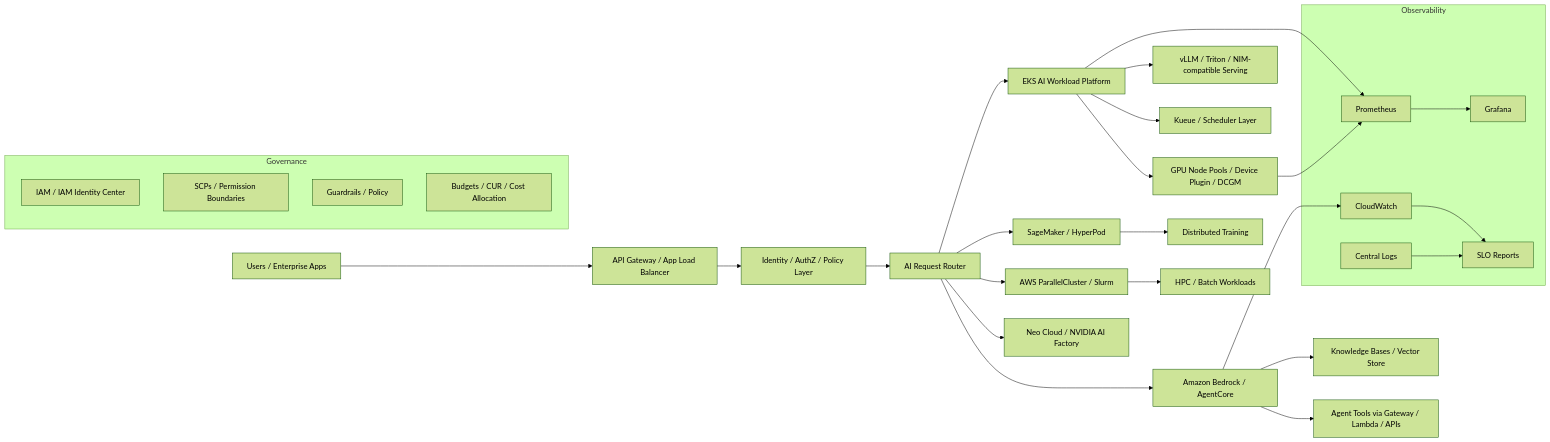
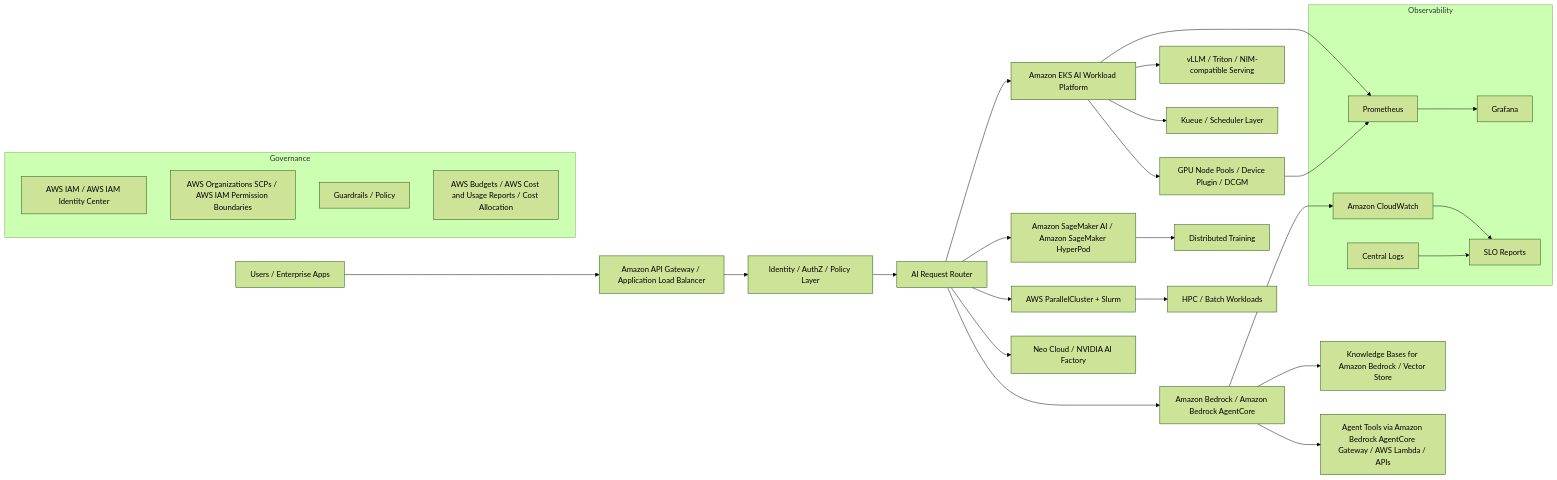
Before and after one commit to ld-singh/aws-enterprise-ai-control-plane: the diagram in docs/01-reference-architecture.md, drawn with Mermaid (forest theme). The commit also changed other lines of this file and 14 other files, not shown here.

Commit message:
docs: refine architecture narrative and standardize AWS service naming

````diff
--- a/docs/01-reference-architecture.md
+++ b/docs/01-reference-architecture.md
@@ -5,44 +5,44 @@
 ```mermaid
 flowchart LR
-    Users[Users / Enterprise Apps] --> APIGW[API Gateway / App Load Balancer]
+    Users[Users / Enterprise Apps] --> APIGW[Amazon API Gateway / Application Load Balancer]
     APIGW --> Auth[Identity / AuthZ / Policy Layer]
     Auth --> Router[AI Request Router]
 
-    Router --> Bedrock[Amazon Bedrock / AgentCore]
-    Router --> EKS[EKS AI Workload Platform]
-    Router --> SageMaker[SageMaker / HyperPod]
-    Router --> HPC[AWS ParallelCluster / Slurm]
+    Router --> Bedrock[Amazon Bedrock / Amazon Bedrock AgentCore]
+    Router --> EKS[Amazon EKS AI Workload Platform]
+    Router --> SageMaker[Amazon SageMaker AI / Amazon SageMaker HyperPod]
+    Router --> HPC[AWS ParallelCluster + Slurm]
     Router --> External[Neo Cloud / NVIDIA AI Factory]
 
-    Bedrock --> KB[Knowledge Bases / Vector Store]
-    Bedrock --> Tools[Agent Tools via Gateway / Lambda / APIs]
+    Bedrock --> KB[Knowledge Bases for Amazon Bedrock / Vector Store]
+    Bedrock --> Tools[Agent Tools via Amazon Bedrock AgentCore Gateway / AWS Lambda / APIs]
 
     EKS --> VLLM[vLLM / Triton / NIM-compatible Serving]
     EKS --> Kueue[Kueue / Scheduler Layer]
     EKS --> GPU[GPU Node Pools / Device Plugin / DCGM]
 
     SageMaker --> Train[Distributed Training]
     HPC --> Batch[HPC / Batch Workloads]
 
     subgraph Governance
-      IAM[IAM / IAM Identity Center]
-      SCP[SCPs / Permission Boundaries]
+      IAM[AWS IAM / AWS IAM Identity Center]
+      SCP[AWS Organizations SCPs / AWS IAM Permission Boundaries]
       Guardrails[Guardrails / Policy]
-      Cost[Budgets / CUR / Cost Allocation]
+      Cost[AWS Budgets / AWS Cost and Usage Reports / Cost Allocation]
     end
 
     subgraph Observability
-      CW[CloudWatch]
+      CW[Amazon CloudWatch]
       Prom[Prometheus]
       Grafana[Grafana]
       Logs[Central Logs]
       SLO[SLO Reports]
     end
 
     Bedrock --> CW
     EKS --> Prom
     GPU --> Prom
     Prom --> Grafana
     CW --> SLO
     Logs --> SLO
 ```
````
